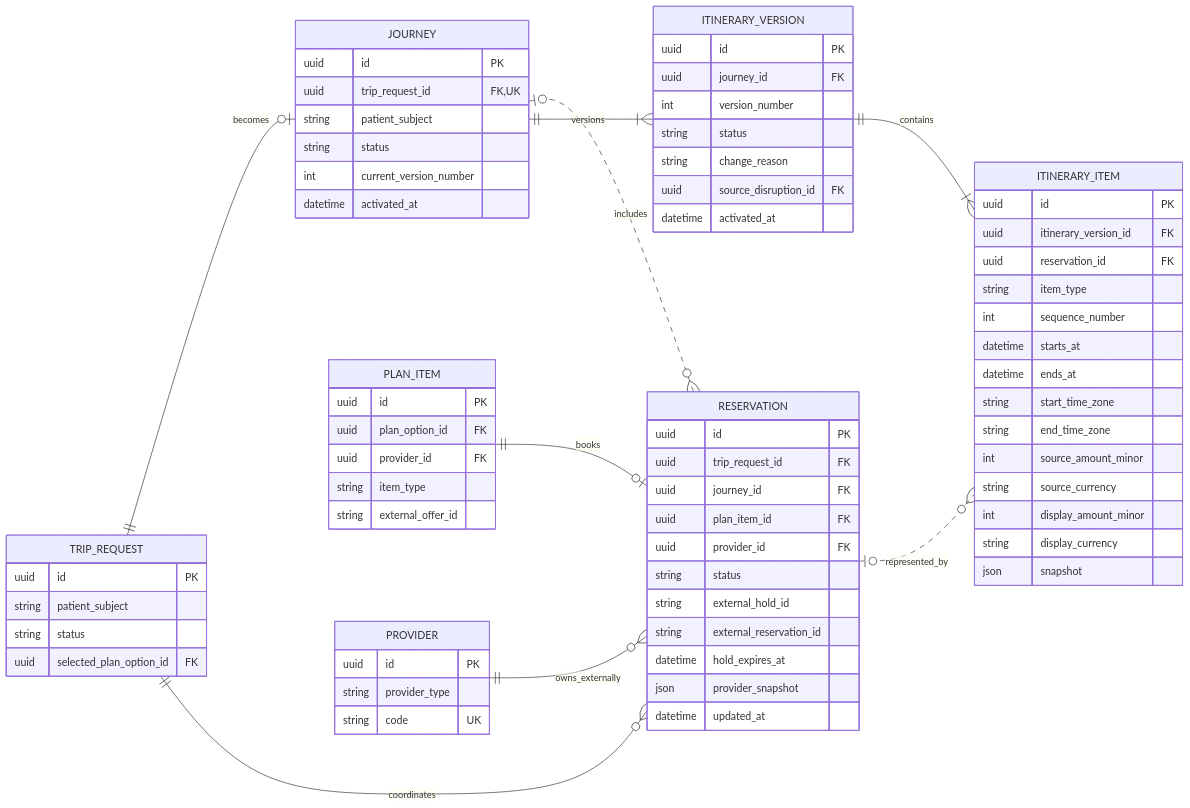
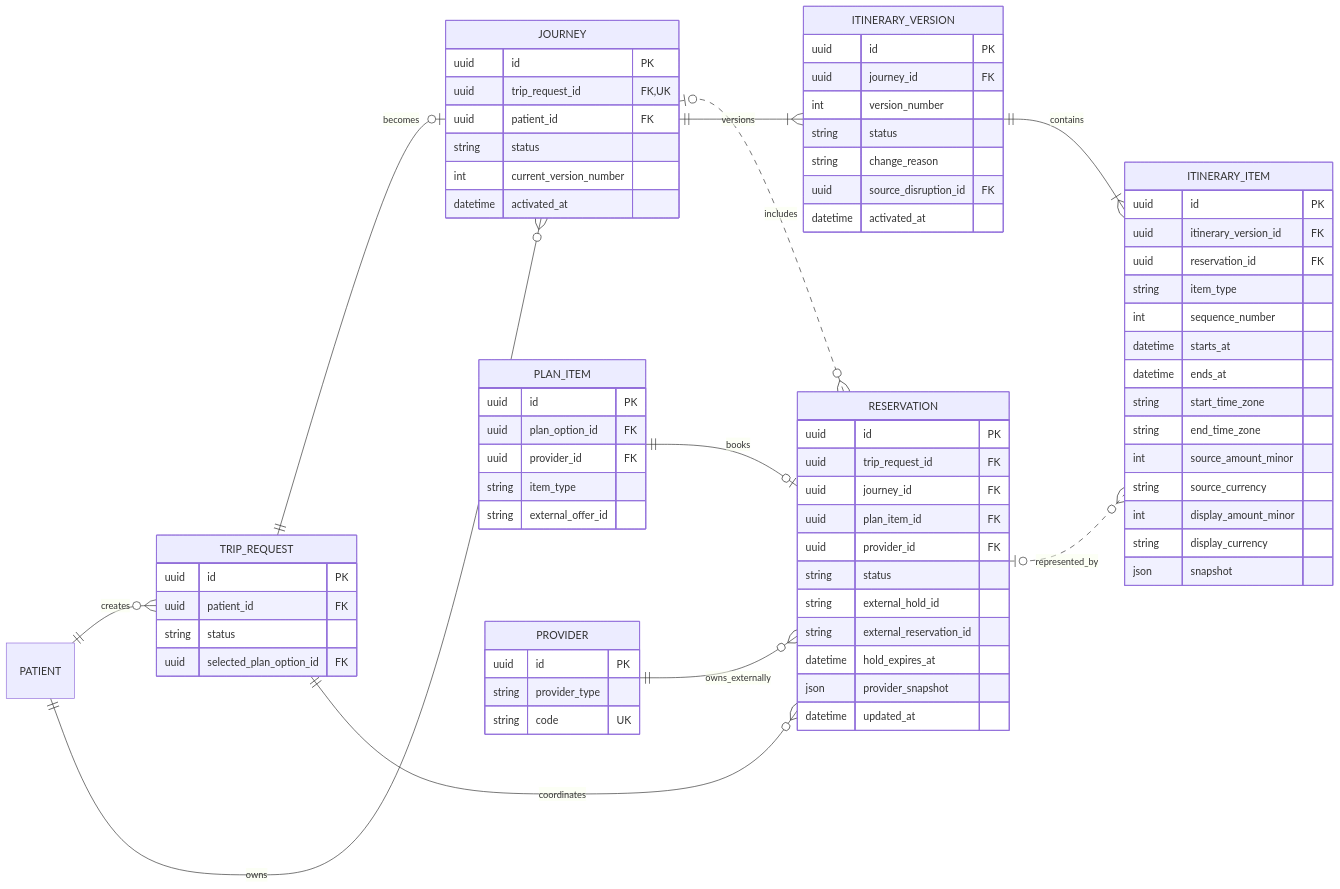
Before and after one commit to bayuzzs/batam-medhub: the third of 8 diagrams in docs/architecture/erd.md, drawn with Mermaid. The commit also changed other lines of this file and 18 other files, not shown here.

```diff
--- a/docs/architecture/erd.md
+++ b/docs/architecture/erd.md
@@ -142,6 +196,8 @@
     direction LR
 
     TRIP_REQUEST ||--o| JOURNEY : becomes
+    PATIENT ||--o{ TRIP_REQUEST : creates
+    PATIENT ||--o{ JOURNEY : owns
     TRIP_REQUEST ||--o{ RESERVATION : coordinates
     PLAN_ITEM ||--o| RESERVATION : books
     PROVIDER ||--o{ RESERVATION : owns_externally
@@ -152,7 +208,7 @@
 
     TRIP_REQUEST {
         uuid id PK
-        string patient_subject
+        uuid patient_id FK
         string status
         uuid selected_plan_option_id FK
     }
@@ -188,7 +244,7 @@
     JOURNEY {
         uuid id PK
         uuid trip_request_id FK, UK
-        string patient_subject
+        uuid patient_id FK
         string status
         int current_version_number
         datetime activated_at
```
